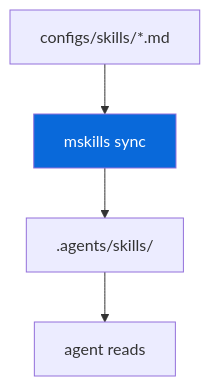
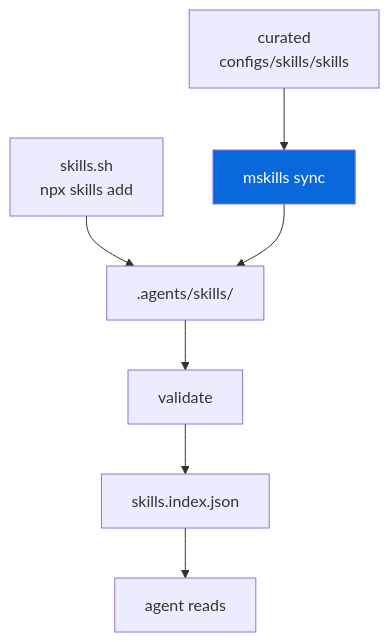
One commit to Archont561/ts-monorepo-template changed the diagram in configs/skills/AGENT.md. Above: the diagram before and after it, drawn with Mermaid. The commit also changed other lines of this file and 28 other files, not shown here.

````diff
--- a/configs/skills/AGENT.md
+++ b/configs/skills/AGENT.md
@@ -19,8 +72,11 @@
 ```mermaid
 graph TD
-    A[configs/skills/*.md] --> B[mskills sync]
-    B --> C[.agents/skills/]
-    C --> D[agent reads]
+    A[curated<br/>configs/skills/skills] --> B[mskills sync]
+    D[skills.sh<br/>npx skills add] --> C[.agents/skills/]
+    B --> C
+    C --> E[validate]
+    E --> F[skills.index.json]
+    F --> G[agent reads]
 
     style B fill:#0969DA,color:#fff
 ```
````
